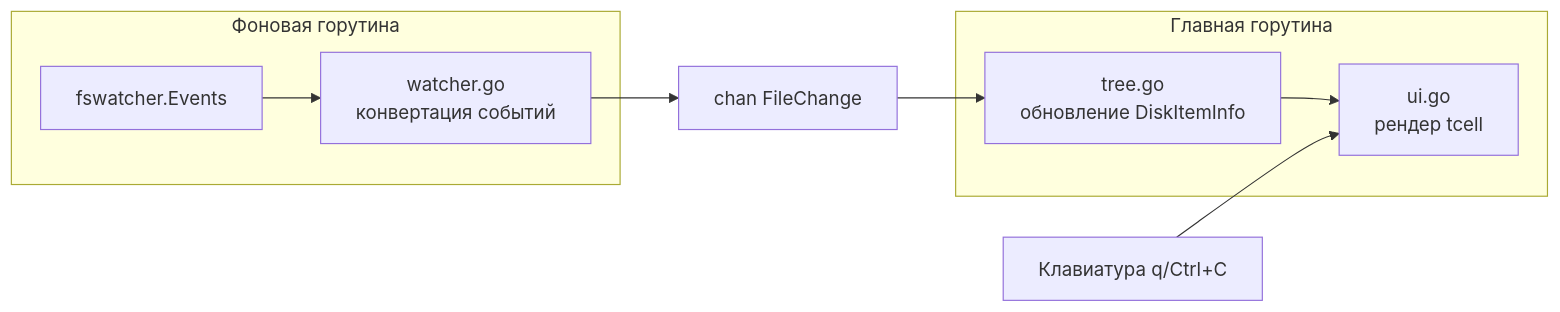
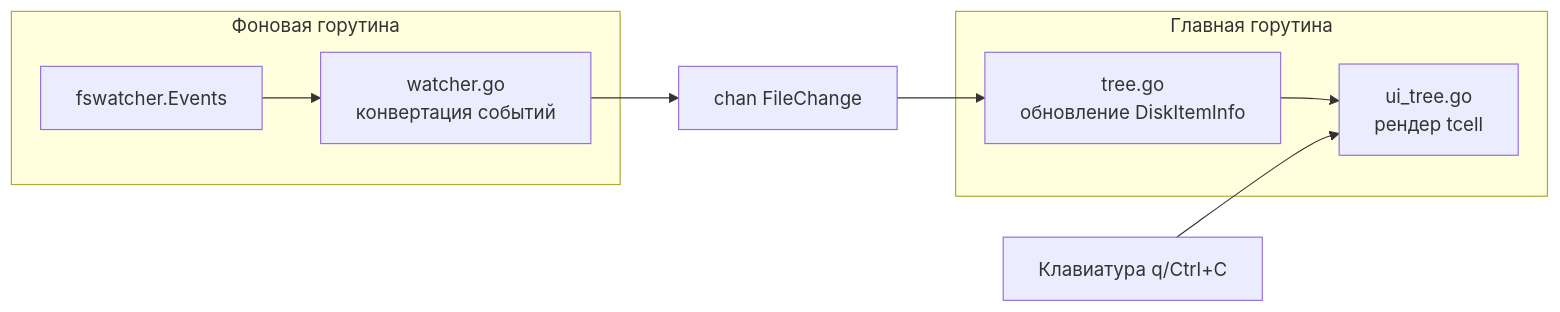
The diagram in docs/plan.md (kastec/go-file-watcher), drawn with Mermaid before and after one commit. The commit also changed other lines of this file and 1 other file, not shown here.

Commit message:
rename ui.go -> ui_tree.go

````diff
--- a/docs/plan.md
+++ b/docs/plan.md
@@ -39,17 +39,17 @@
 ```mermaid
 flowchart LR
     subgraph bg [Фоновая горутина]
         FSW[fswatcher.Events]
         W[watcher.go\nконвертация событий]
         FSW --> W
     end
     CH["chan FileChange"]
     W --> CH
     subgraph main [Главная горутина]
         T[tree.go\nобновление DiskItemInfo]
-        UI[ui.go\nрендер tcell]
+        UI[ui_tree.go\nрендер tcell]
         T --> UI
     end
     CH --> T
     KB[Клавиатура q/Ctrl+C] --> UI
 ```
````
